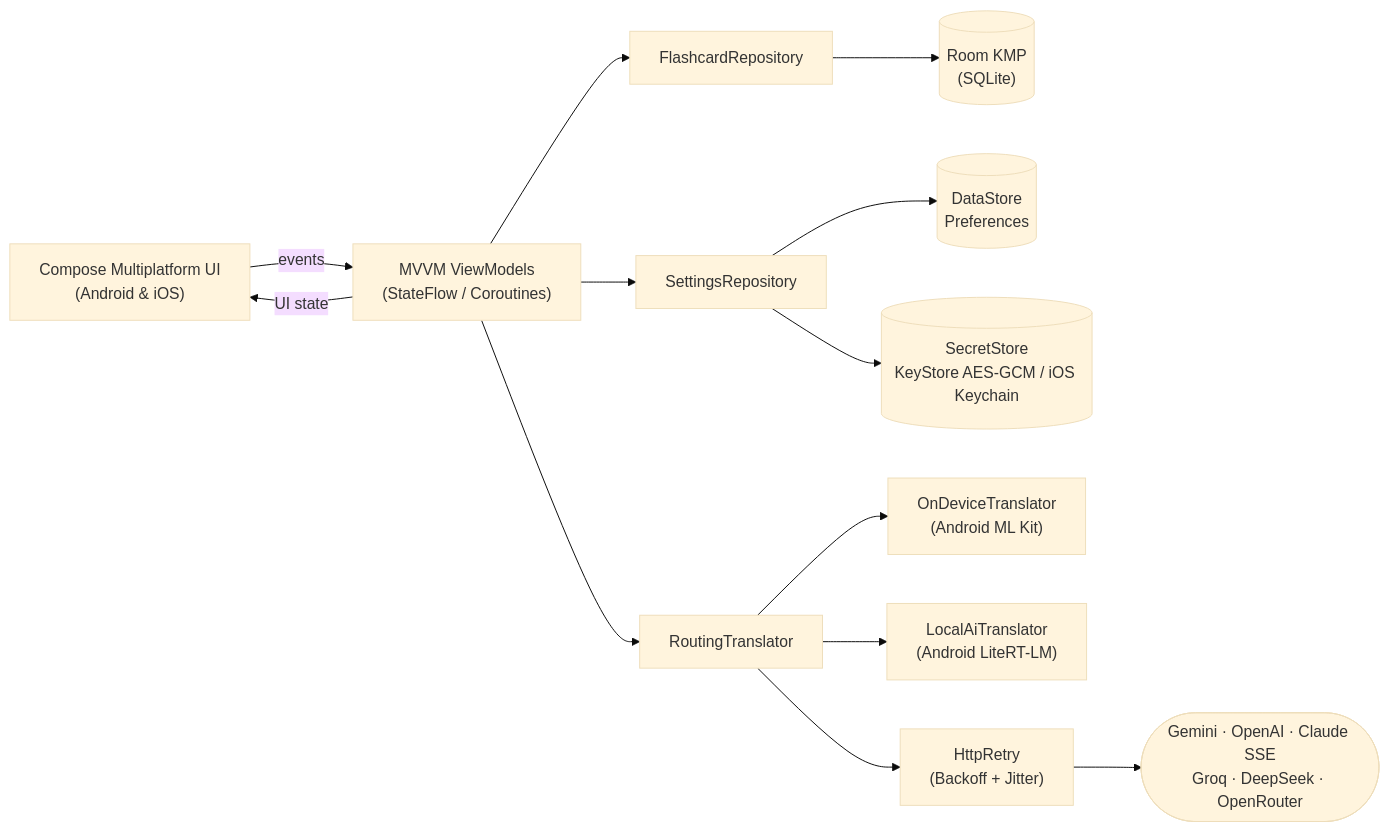
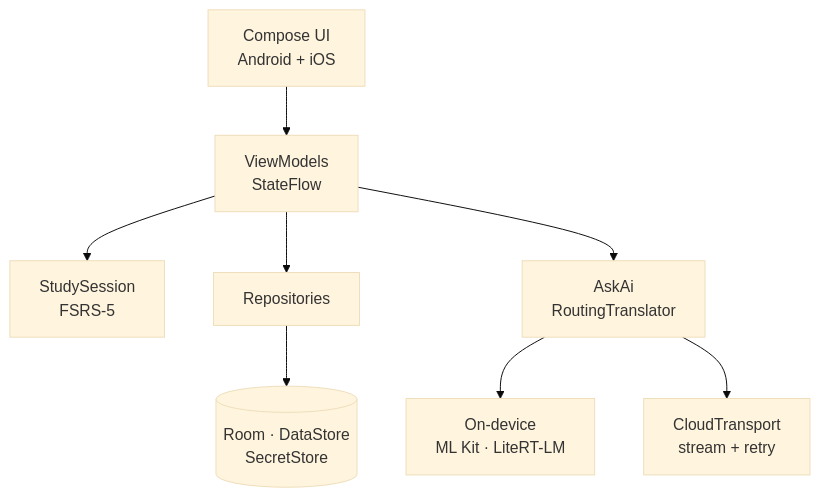
The diagram in README.md (Andreas-Erick/LanguageCoast), drawn with Mermaid (base theme) before and after one commit. The commit also changed other lines of this file and 1 other file, not shown here.

````diff
--- a/README.md
+++ b/README.md
@@ -56,14 +64,10 @@
 ```mermaid
-flowchart LR
-    UI["Compose Multiplatform UI<br/>(Android & iOS)"] -- events --> VM["MVVM ViewModels<br/>(StateFlow / Coroutines)"]
-    VM -- UI state --> UI
-
-    VM --> FR["FlashcardRepository"] --> Room[("Room KMP<br/>(SQLite)")]
-    VM --> SR["SettingsRepository"] --> DS[("DataStore<br/>Preferences")]
-    SR --> SS[("SecretStore<br/>KeyStore AES-GCM / iOS Keychain")]
-
-    VM --> RT["RoutingTranslator"]
-    RT --> MLKit["OnDeviceTranslator<br/>(Android ML Kit)"]
-    RT --> Local["LocalAiTranslator<br/>(Android LiteRT-LM)"]
-    RT --> Retry["HttpRetry<br/>(Backoff + Jitter)"] --> Cloud(["Gemini · OpenAI · Claude SSE<br/>Groq · DeepSeek · OpenRouter"])
+flowchart TD
+  UI["Compose UI<br/>Android + iOS"] --> VM["ViewModels<br/>StateFlow"]
+  VM --> D["StudySession<br/>FSRS-5"]
+  VM --> R["Repositories"]
+  VM --> A["AskAi<br/>RoutingTranslator"]
+  R --> S[("Room · DataStore<br/>SecretStore")]
+  A --> L["On-device<br/>ML Kit · LiteRT-LM"]
+  A --> C["CloudTransport<br/>stream + retry"]
 ```
````
